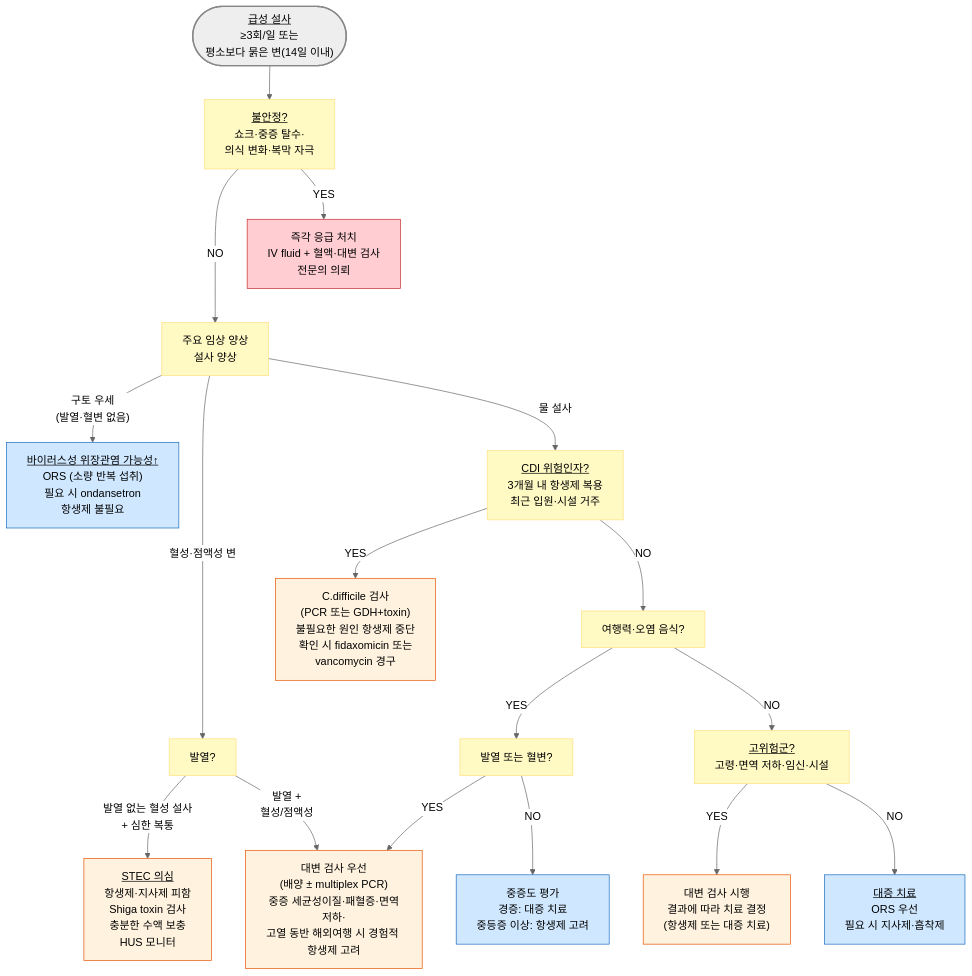
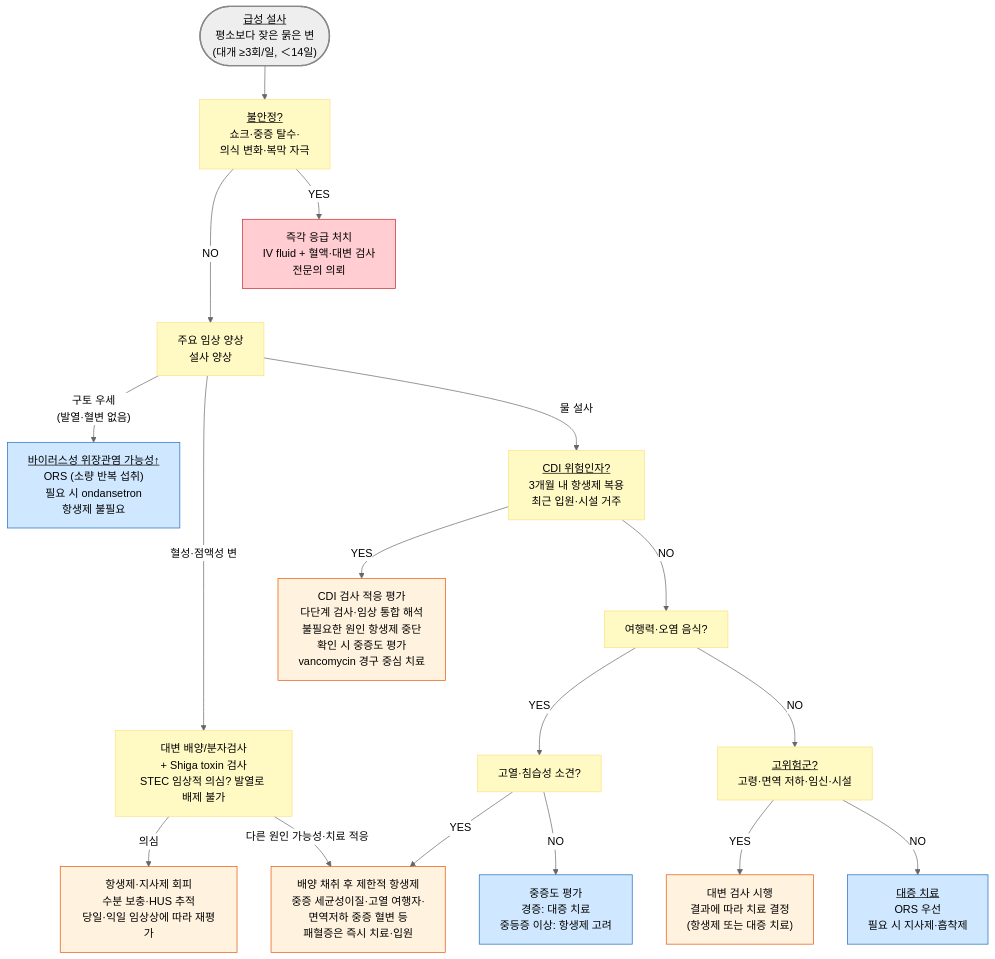
Before and after one commit to familyoh77/familyoh77: the diagram in 224_/085_-acute-infectious-diarrhea.md, drawn with Mermaid (neutral theme). The commit also changed other lines of this file and 13 other files, not shown here.

````diff
--- a/224_/085_-acute-infectious-diarrhea.md
+++ b/224_/085_-acute-infectious-diarrhea.md
@@ -197,30 +198,29 @@
 ```mermaid
 graph TD
-    Start(["<u>급성 설사</u><br/>≥3회/일 또는<br/>평소보다 묽은 변(14일 이내)"])
+    Start(["<u>급성 설사</u><br/>평소보다 잦은 묽은 변<br/>(대개 ≥3회/일, ＜14일)"])
     Start --> Unstable["<u>불안정?</u><br/>쇼크·중증 탈수·<br/>의식 변화·복막 자극"]
     Unstable -- "NO" ---> Symptom["주요 임상 양상<br/>설사 양상"]
     Unstable -- "YES" --> ER["즉각 응급 처치<br/>IV fluid + 혈액·대변 검사<br/>전문의 의뢰"]
     Symptom -- "구토 우세<br/>(발열·혈변 없음)" --> Viral["<u>바이러스성 위장관염 가능성↑</u><br/>ORS (소량 반복 섭취)<br/>필요 시 ondansetron<br/>항생제 불필요"]
-    Symptom -- "혈성·점액성 변" --> BloodFever["발열?"]
-    BloodFever -- "발열 없는 혈성 설사<br/>+ 심한 복통" --> 
-    STEC["<u>STEC 의심</u><br/>항생제·지사제 피함<br/>Shiga toxin 검사<br/>충분한 수액 보충<br/>HUS 모니터"]
-    BloodFever -- "발열 + <br/>혈성/점액성" --> EmpiricAtb["대변 검사 우선<br/>(배양 ± multiplex PCR)<br/>중증 세균성이질·패혈증·면역저하·<br/>고열 동반 해외여행 시 경험적 항생제 고려"]
+    Symptom -- "혈성·점액성 변" --> BloodFever["대변 배양/분자검사<br/>+ Shiga toxin 검사<br/>STEC 임상적 의심? 발열로 배제 불가"]
+    BloodFever -- "의심" --> STEC["항생제·지사제 회피<br/>수분 보충·HUS 추적<br/>당일·익일 임상상에 따라 재평가"]
+    BloodFever -- "다른 원인 가능성·치료 적응" --> EmpiricAtb["배양 채취 후 제한적 항생제<br/>중증 세균성이질·고열 여행자·<br/>면역저하 중증 혈변 등<br/>패혈증은 즉시 치료·입원"]
     Symptom -- "물 설사" --> CDIRisk["<u>CDI 위험인자?</u><br/>3개월 내 항생제 복용<br/>최근 입원·시설 거주"]
-    CDIRisk -- "YES" --> CDITx["C.difficile 검사<br/>(PCR 또는 GDH+toxin)<br/>불필요한 원인 항생제 중단<br/>확인 시 fidaxomicin 또는<br/>vancomycin 경구"]
+    CDIRisk -- "YES" --> CDITx["CDI 검사 적응 평가<br/>다단계 검사·임상 통합 해석<br/>불필요한 원인 항생제 중단<br/>확인 시 중증도 평가<br/>vancomycin 경구 중심 치료"]
     CDIRisk -- "NO" --> Travel["여행력·오염 음식?"]
-    Travel -- "YES" --> TravelFever["발열 또는 혈변?"]
+    Travel -- "YES" --> TravelFever["고열·침습성 소견?"]
     TravelFever -- "YES" --> EmpiricAtb
     TravelFever -- "NO" --> TravelMild["중증도 평가<br/>경증: 대증 치료<br/>중등증 이상: 항생제 고려"]
     Travel -- "NO" --> Host["<u>고위험군?</u><br/>고령·면역 저하·임신·시설"]
     Host -- "YES" --> StoolExam["대변 검사 시행<br/>결과에 따라 치료 결정<br/>(항생제 또는 대증 치료)"]
     Host -- "NO" --> Watery["<u>대증 치료</u><br/>ORS 우선<br/>필요 시 지사제·흡착제"]
  
 style Start fill:#eeeeee,stroke:#888888,stroke-width:2px
 classDef yellow fill:#fff9c4,stroke:#ffe082
    class Unstable,Symptom,BloodFever,CDIRisk,Travel,Host,TravelFever yellow
 style ER fill:#ffcdd2,stroke:#c62828
 classDef orange50 fill:#fff3e0,stroke:#e65100
    class STEC,CDITx,EmpiricAtb,StoolExam orange50
 classDef blue fill:#d0e8ff,stroke:#1a6abf
    class Viral,TravelMild,Watery blue
 ```
````
